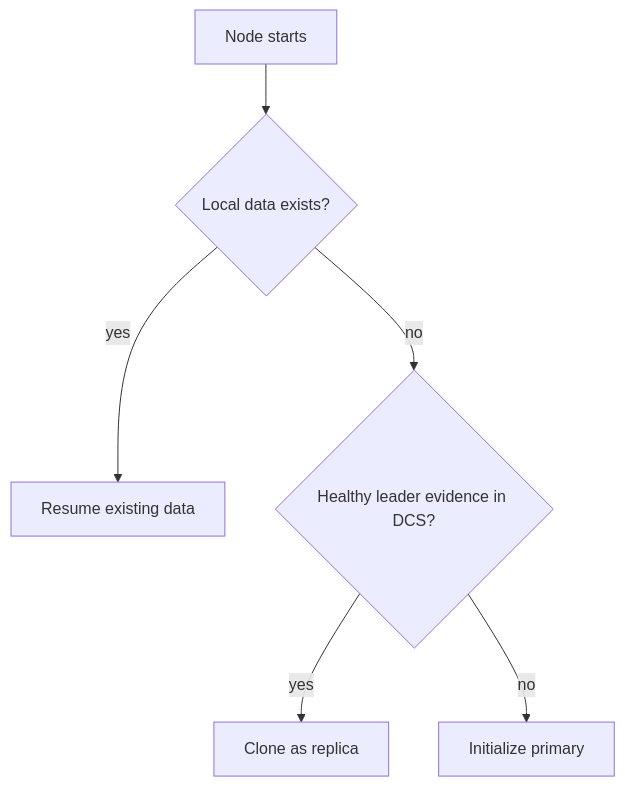
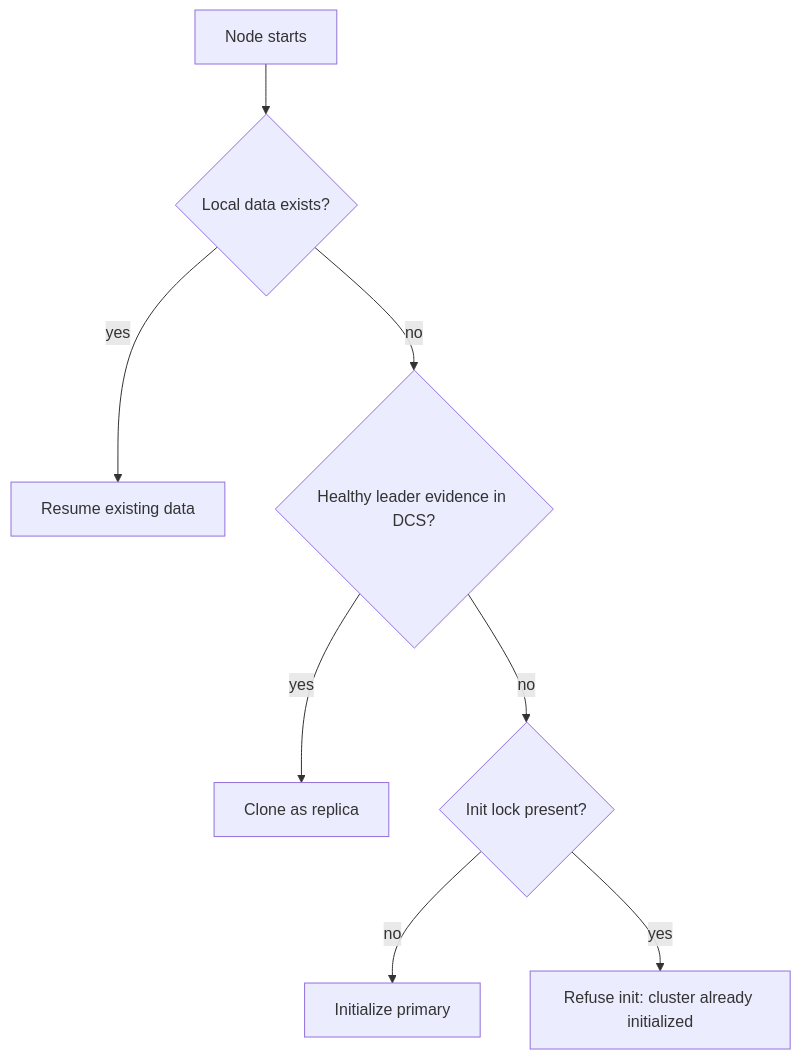
The diagram in docs/src/lifecycle/bootstrap.md (djosh34/pgtuskmaster_rust), drawn with Mermaid before and after one commit. The commit also changed other lines of this file and 101 other files, not shown here.

````diff
--- a/docs/src/lifecycle/bootstrap.md
+++ b/docs/src/lifecycle/bootstrap.md
@@ -10,8 +10,10 @@
 ```mermaid
 flowchart TD
   Start[Node starts] --> HasData{Local data exists?}
   HasData -->|yes| Resume[Resume existing data]
   HasData -->|no| HasLeader{Healthy leader evidence in DCS?}
   HasLeader -->|yes| Clone[Clone as replica]
-  HasLeader -->|no| Init[Initialize primary]
+  HasLeader -->|no| HasInitLock{Init lock present?}
+  HasInitLock -->|no| Init[Initialize primary]
+  HasInitLock -->|yes| Abort[Refuse init: cluster already initialized]
 ```
````
